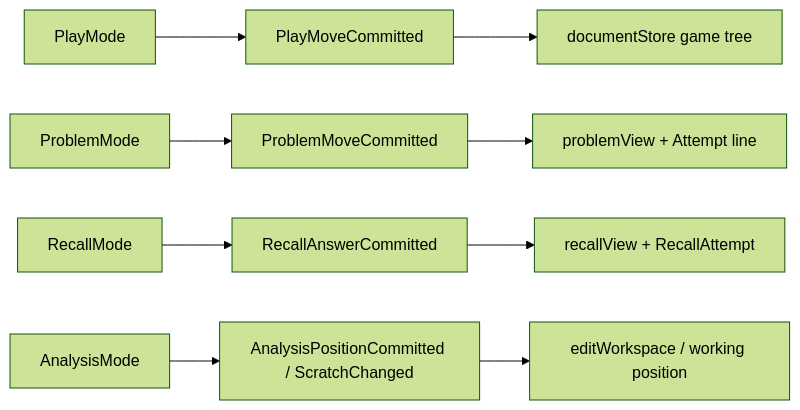
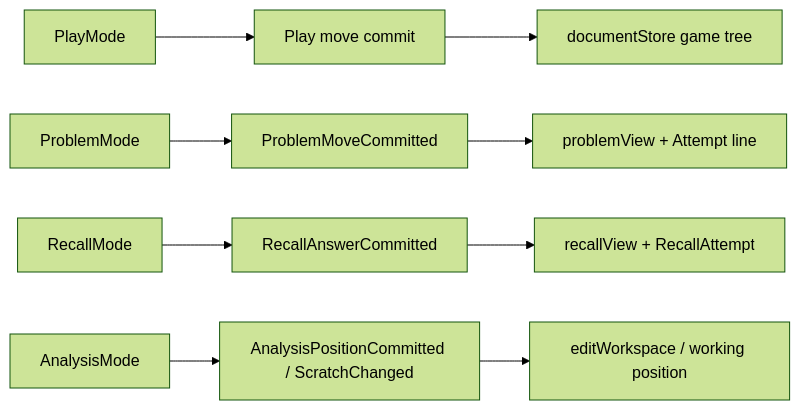
Before and after one commit to Gaogao417/Sabaki: the fourth of 4 diagrams in docs/design/play-move-committed-architecture.md, drawn with Mermaid (forest theme). The commit also changed 3 other files, not shown here.

Commit message:
business-contract-workflow: sync lightweight play move wording

````diff
--- a/docs/design/play-move-committed-architecture.md
+++ b/docs/design/play-move-committed-architecture.md
@@ -243,12 +243,12 @@
 ```mermaid
 flowchart LR
-  P["PlayMode"] --> P1["PlayMoveCommitted"]
+  P["PlayMode"] --> P1["Play move commit"]
   PR["ProblemMode"] --> PR1["ProblemMoveCommitted"]
   R["RecallMode"] --> R1["RecallAnswerCommitted"]
   A["AnalysisMode"] --> A1["AnalysisPositionCommitted / ScratchChanged"]
 
   P1 --> D["documentStore game tree"]
   PR1 --> PV["problemView + Attempt line"]
   R1 --> RV["recallView + RecallAttempt"]
   A1 --> EW["editWorkspace / working position"]
 ```
````
